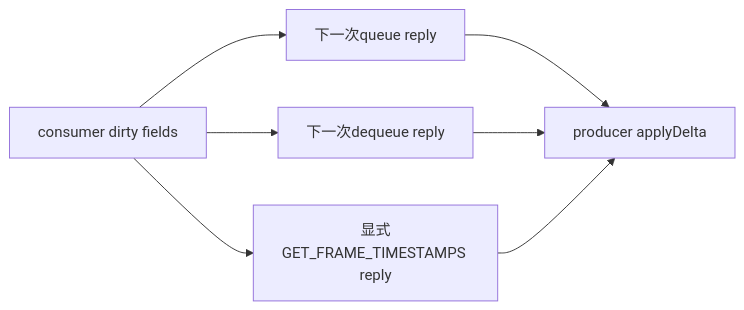
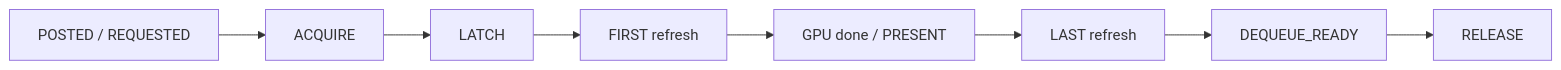
Before and after one commit to junyingzhao001/StudyNotes: the first of 2 diagrams in Android源码学习/169-AndroidFrameEventHistoryFrameTimestamps与应用可见Buffer时间戳.md, drawn with Mermaid. The commit also changed other lines of this file and 30 other files, not shown here.

````diff
--- a/Android源码学习/169-AndroidFrameEventHistoryFrameTimestamps与应用可见Buffer时间戳.md
+++ b/Android源码学习/169-AndroidFrameEventHistoryFrameTimestamps与应用可见Buffer时间戳.md
@@ -504,9 +88,10 @@
 ```mermaid
 flowchart LR
-    C["consumer dirty fields"] --> Q1["下一次queue reply"]
-    C --> D1["下一次dequeue reply"]
-    C --> G["显式GET_FRAME_TIMESTAMPS reply"]
-    Q1 --> P["producer applyDelta"]
-    D1 --> P
-    G --> P
+    Q["POSTED / REQUESTED"] --> A["ACQUIRE"]
+    A --> L["LATCH"]
+    L --> F["FIRST refresh"]
+    F --> G["GPU done / PRESENT"]
+    G --> LR["LAST refresh"]
+    LR --> D["DEQUEUE_READY"]
+    D --> R["RELEASE"]
 ```
````
